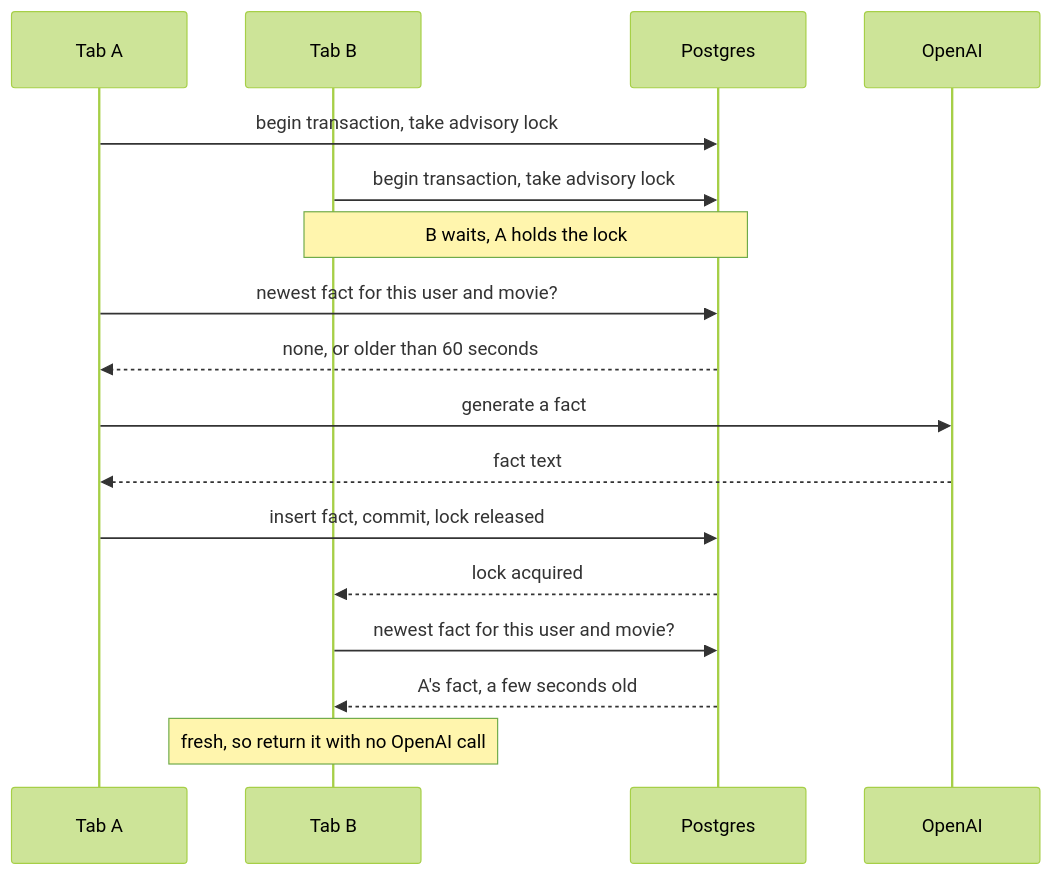
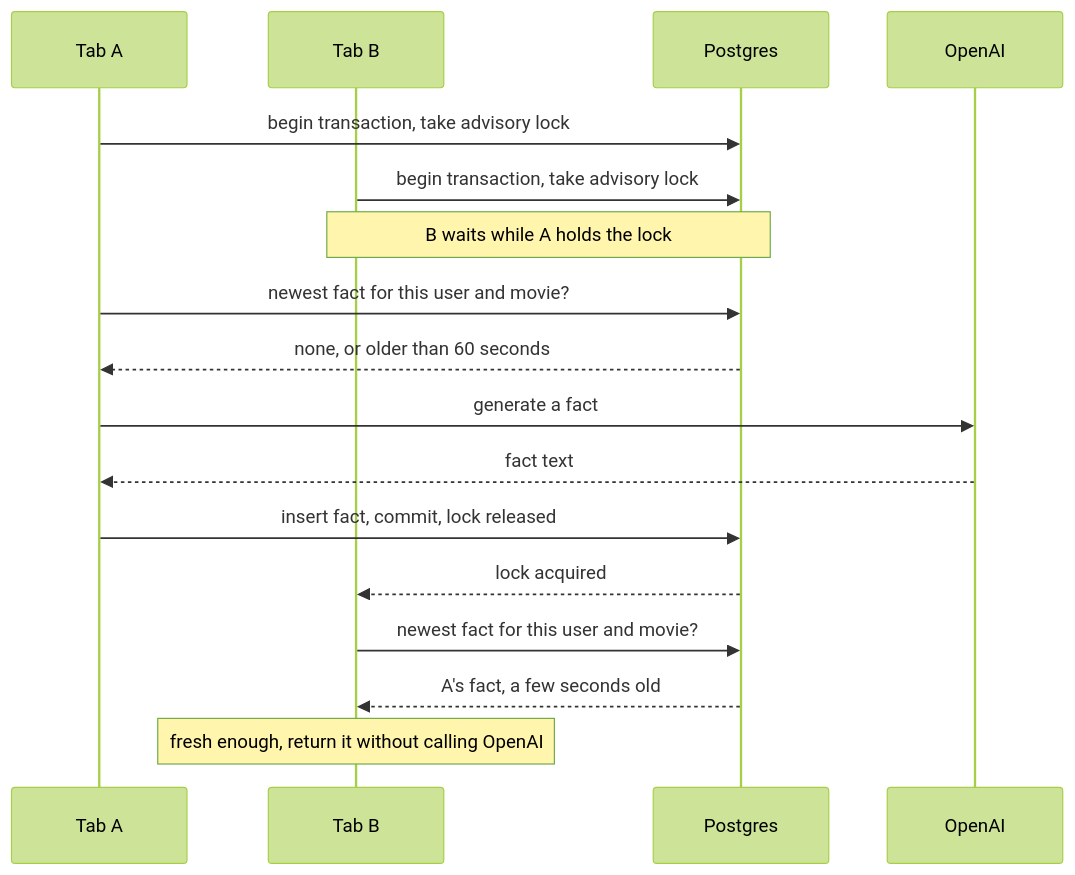
One commit to Samarth-VP/movie-memory changed the diagram in README.md. Above: the diagram before and after it, drawn with Mermaid (forest theme). The commit also changed other lines of this file, not shown here.

````diff
--- a/README.md
+++ b/README.md
@@ -124,19 +101,19 @@
 ```mermaid
 sequenceDiagram
     participant A as Tab A
     participant B as Tab B
     participant DB as Postgres
     participant O as OpenAI
     A->>DB: begin transaction, take advisory lock
     B->>DB: begin transaction, take advisory lock
-    Note over B,DB: B waits, A holds the lock
+    Note over B,DB: B waits while A holds the lock
     A->>DB: newest fact for this user and movie?
     DB-->>A: none, or older than 60 seconds
     A->>O: generate a fact
     O-->>A: fact text
     A->>DB: insert fact, commit, lock released
     DB-->>B: lock acquired
     B->>DB: newest fact for this user and movie?
     DB-->>B: A's fact, a few seconds old
-    Note over B: fresh, so return it with no OpenAI call
+    Note over B: fresh enough, return it without calling OpenAI
 ```
````
